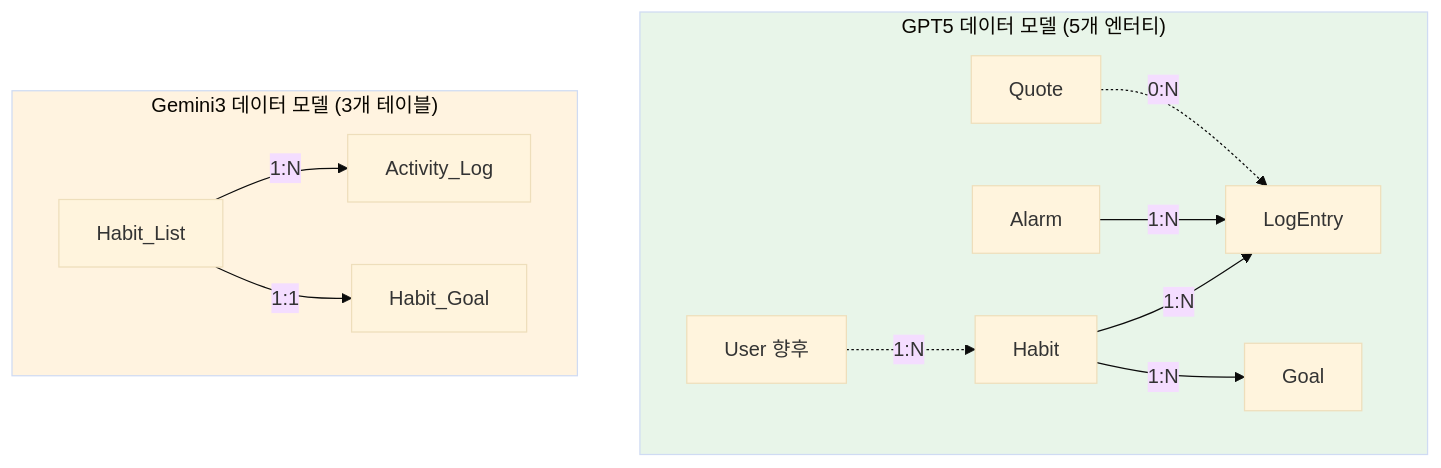
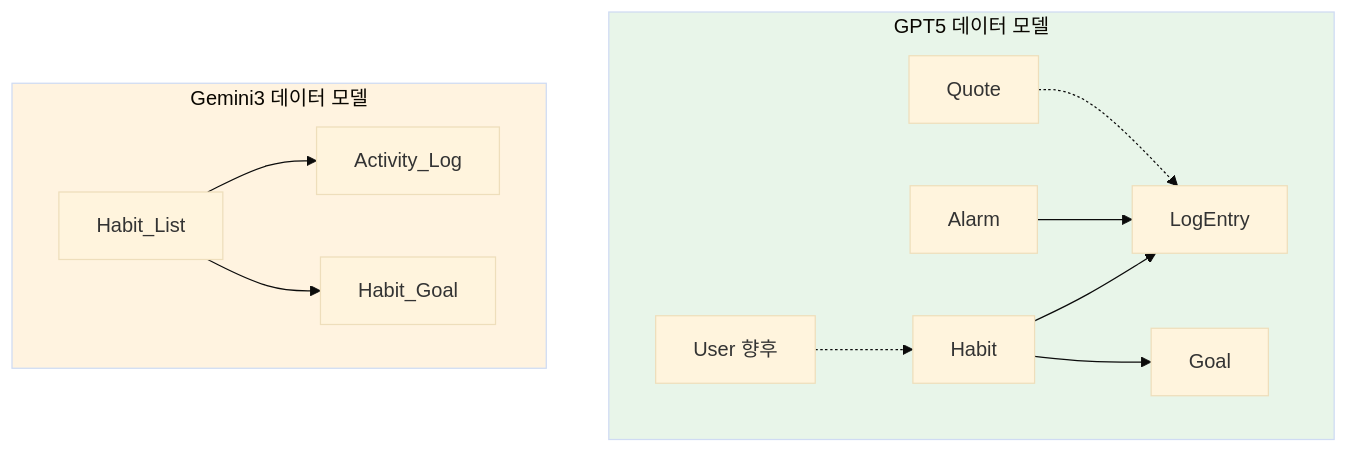
One commit to lindaleeeee/Digital-minimalist-project-Self-development changed the fifth of 7 diagrams in Digital-minimalist-project_Self-development/5-3.SRS-GPT5-GEMINI3비교.md. Above: the diagram before and after it, drawn with Mermaid (base theme). The commit also changed other lines of this file and 63 other files, not shown here.

````diff
--- a/Digital-minimalist-project_Self-development/5-3.SRS-GPT5-GEMINI3비교.md
+++ b/Digital-minimalist-project_Self-development/5-3.SRS-GPT5-GEMINI3비교.md
@@ -159,29 +154,29 @@
 ```mermaid
-graph TD
-    subgraph GPT5_Data["GPT5 데이터 모델 (5개 엔터티)"]
-        H1[Habit]
-        A1[Alarm]
-        L1[LogEntry]
-        G1[Goal]
-        Q1[Quote]
-        U1[User 향후]
-        
-        H1 -->|1:N| L1
-        A1 -->|1:N| L1
-        H1 -->|1:N| G1
-        Q1 -.->|0:N| L1
-        U1 -.->|1:N| H1
-    end
-    
-    subgraph Gemini_Data["Gemini3 데이터 모델 (3개 테이블)"]
-        H2[Habit_List]
-        L2[Activity_Log]
-        G2[Habit_Goal]
-        
-        H2 -->|1:N| L2
-        H2 -->|1:1| G2
-    end
-    
-    style GPT5_Data fill:#e8f5e9
-    style Gemini_Data fill:#fff3e0
+ graph TD
+subgraph GPT5_Data["GPT5 데이터 모델"]
+H1[Habit]
+A1[Alarm]
+L1[LogEntry]
+G1[Goal]
+Q1[Quote]
+U1[User 향후]
+    H1 --> L1
+    A1 --> L1
+    H1 --> G1
+    Q1 -.-> L1
+    U1 -.-> H1
+end
+
+subgraph Gemini_Data["Gemini3 데이터 모델"]
+    H2[Habit_List]
+    L2[Activity_Log]
+    G2[Habit_Goal]
+
+    H2 --> L2
+    H2 --> G2
+end
+
+style GPT5_Data fill:#e8f5e9
+style Gemini_Data fill:#fff3e0
+
 ```
````
